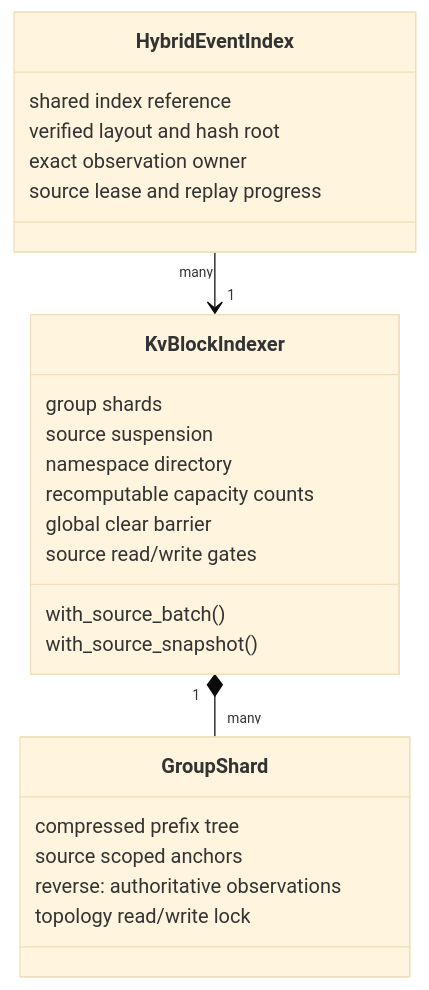
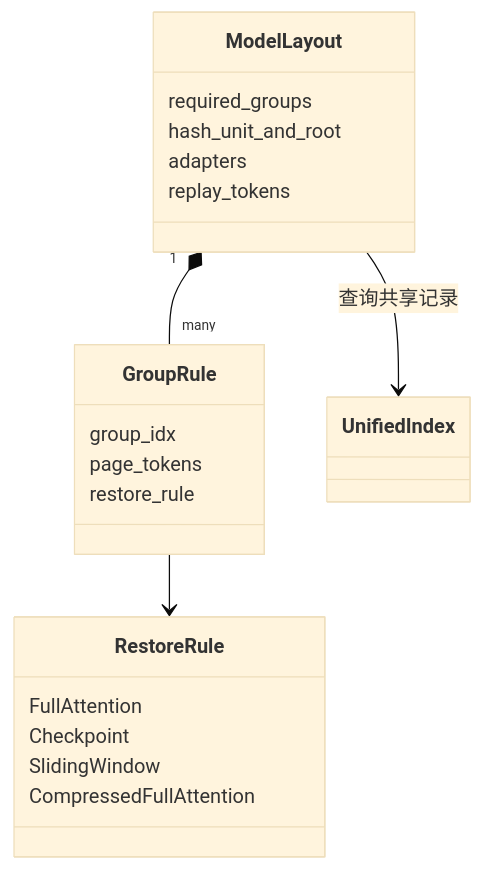
The second of 9 diagrams in docs/unified-kv-index.md (vllm-project/router), drawn with Mermaid (base theme) before and after one commit. The commit also changed other lines of this file, not shown here.

Commit message:
docs: explain unified hybrid prefix reuse design

````diff
--- a/docs/unified-kv-index.md
+++ b/docs/unified-kv-index.md
@@ -37,27 +63,23 @@
 ```mermaid
 classDiagram
-  class KvBlockIndexer {
-    group shards
-    source suspension
-    namespace directory
-    recomputable capacity counts
-    global clear barrier
-    source read/write gates
-    with_source_batch()
-    with_source_snapshot()
+  class ModelLayout {
+    required_groups
+    hash_unit_and_root
+    adapters
+    replay_tokens
   }
-  class GroupShard {
-    compressed prefix tree
-    source scoped anchors
-    reverse: authoritative observations
-    topology read/write lock
+  class GroupRule {
+    group_idx
+    page_tokens
+    restore_rule
   }
-  class HybridEventIndex {
-    shared index reference
-    verified layout and hash root
-    exact observation owner
-    source lease and replay progress
+  class RestoreRule {
+    FullAttention
+    Checkpoint
+    SlidingWindow
+    CompressedFullAttention
   }
-  KvBlockIndexer "1" *-- "many" GroupShard
-  HybridEventIndex "many" --> "1" KvBlockIndexer
+  ModelLayout "1" *-- "many" GroupRule
+  GroupRule --> RestoreRule
+  ModelLayout --> UnifiedIndex : 查询共享记录
 ```
````
